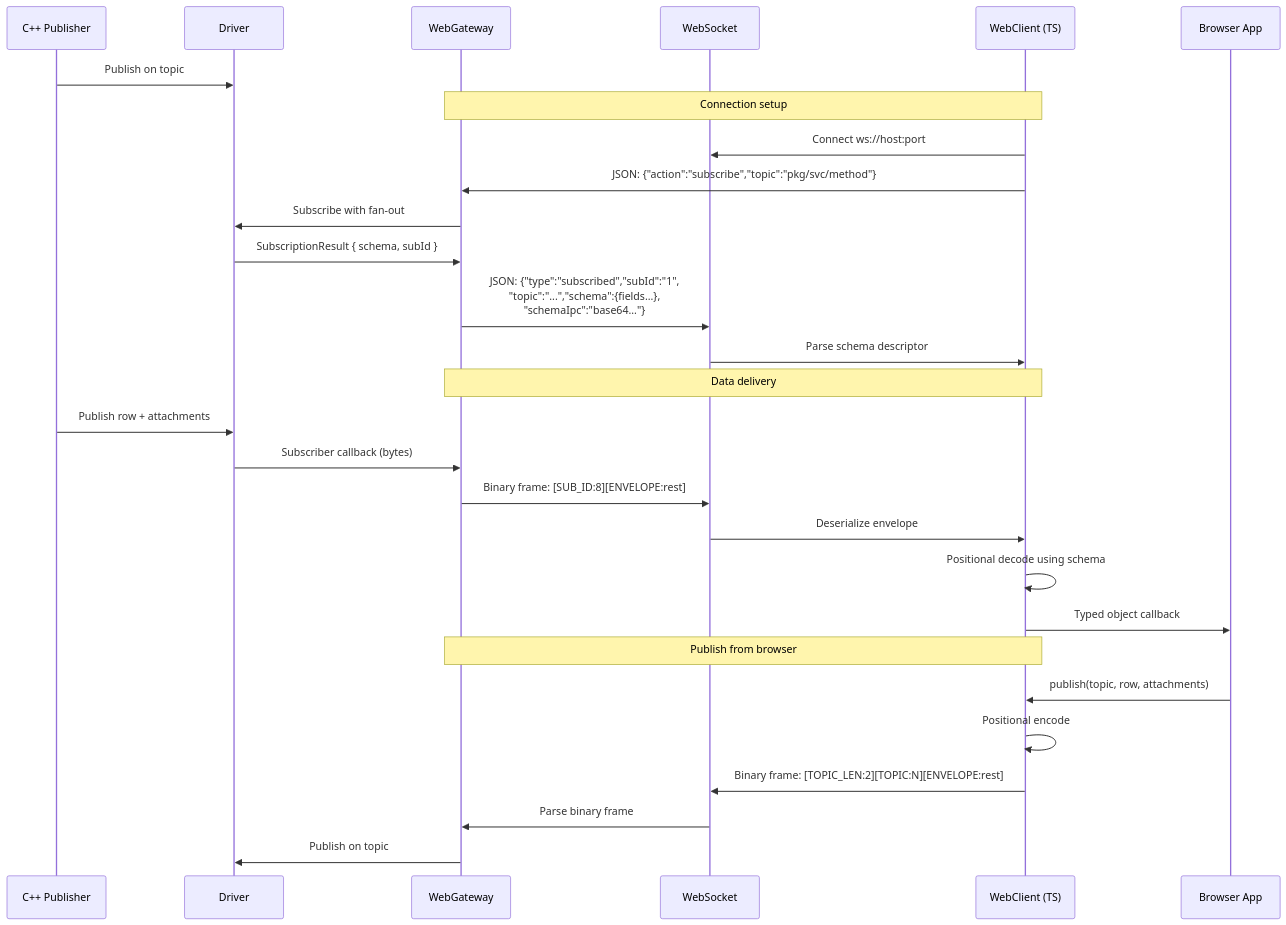
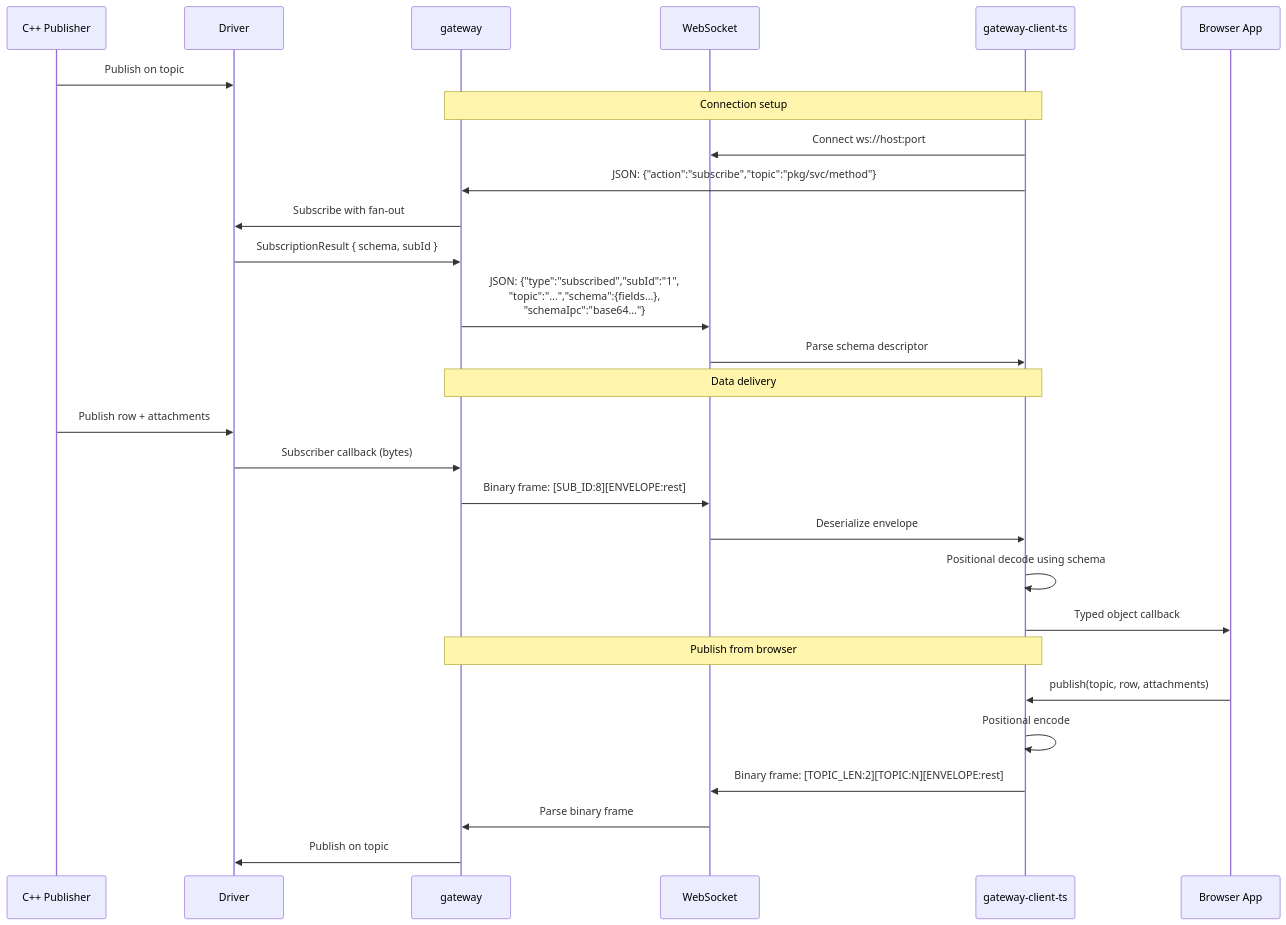
The third of 6 diagrams in docs/data-flow-diagrams.md (eivacom/Fletcher), drawn with Mermaid before and after one commit. The commit also changed other lines of this file and 5 other files, not shown here.

````diff
--- a/docs/data-flow-diagrams.md
+++ b/docs/data-flow-diagrams.md
@@ -70,38 +70,38 @@
 ```mermaid
 sequenceDiagram
     participant PUB as C++ Publisher
     participant DRV as Driver
-    participant WG as WebGateway
+    participant WG as gateway
     participant WS as WebSocket
-    participant WC as WebClient (TS)
+    participant WC as gateway-client-ts
     participant APP as Browser App
 
     PUB->>DRV: Publish on topic
 
     Note over WC,WG: Connection setup
 
     WC->>WS: Connect ws://host:port
     WC->>WG: JSON: {"action":"subscribe","topic":"pkg/svc/method"}
     WG->>DRV: Subscribe with fan-out
     DRV->>WG: SubscriptionResult { schema, subId }
 
     WG->>WS: JSON: {"type":"subscribed","subId":"1",<br/>"topic":"...","schema":{fields...},<br/>"schemaIpc":"base64..."}
     WS->>WC: Parse schema descriptor
 
     Note over WC,WG: Data delivery
 
     PUB->>DRV: Publish row + attachments
     DRV->>WG: Subscriber callback (bytes)
     WG->>WS: Binary frame: [SUB_ID:8][ENVELOPE:rest]
     WS->>WC: Deserialize envelope
     WC->>WC: Positional decode using schema
     WC->>APP: Typed object callback
 
     Note over WC,WG: Publish from browser
 
     APP->>WC: publish(topic, row, attachments)
     WC->>WC: Positional encode
     WC->>WS: Binary frame: [TOPIC_LEN:2][TOPIC:N][ENVELOPE:rest]
     WS->>WG: Parse binary frame
     WG->>DRV: Publish on topic
 ```
````
